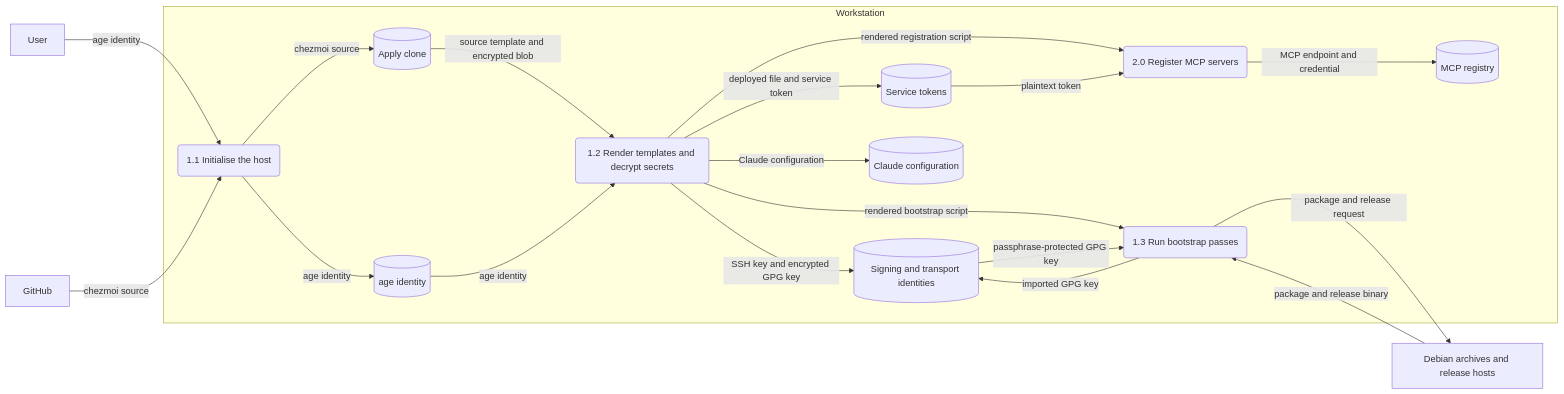
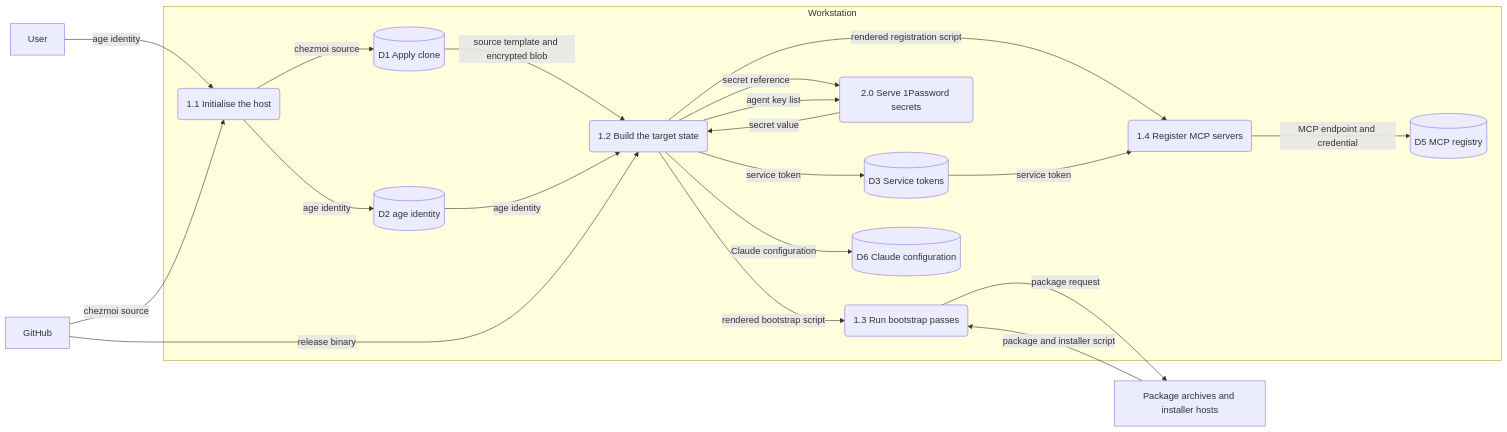
Before and after one commit to alunduil/alunduil-chezmoi: the third of 5 diagrams in docs/reference/data-flow.md, drawn with Mermaid. The commit also changed other lines of this file and 3 other files, not shown here.

First line of the commit message:
Redraw the data flow for 1Password secrets

````diff
--- a/docs/reference/data-flow.md
+++ b/docs/reference/data-flow.md
@@ -179,40 +309,42 @@
 ```mermaid
 flowchart LR
   user[User]
   github[GitHub]
-  upstream[Debian archives and release hosts]
+  upstream[Package archives and installer hosts]
 
   subgraph ws[Workstation]
-    p11(1.1 Initialise the host)
-    p12(1.2 Render templates and decrypt secrets)
-    p13(1.3 Run bootstrap passes)
-    p2(2.0 Register MCP servers)
+    init(1.1 Initialise the host)
+    target(1.2 Build the target state)
+    bootstrap(1.3 Run bootstrap passes)
+    register(1.4 Register MCP servers)
+    broker(2.0 Serve 1Password secrets)
 
-    s1[(Apply clone)]
-    s2[(age identity)]
-    s3[(Service tokens)]
-    s8[(Signing and transport identities)]
-    s4[(MCP registry)]
-    s5[(Claude configuration)]
+    clone[(D1 Apply clone)]
+    ageKey[(D2 age identity)]
+    tokens[(D3 Service tokens)]
+    registry[(D5 MCP registry)]
+    claudeConfig[(D6 Claude configuration)]
   end
 
-  user -->|age identity| p11
-  github -->|chezmoi source| p11
-  p11 -->|age identity| s2
-  p11 -->|chezmoi source| s1
+  user -->|age identity| init
+  github -->|chezmoi source| init
+  init -->|age identity| ageKey
+  init -->|chezmoi source| clone
 
-  s1 -->|source template and encrypted blob| p12
-  s2 -->|age identity| p12
-  p12 -->|deployed file and service token| s3
-  p12 -->|SSH key and encrypted GPG key| s8
-  p12 -->|Claude configuration| s5
-  p12 -->|rendered registration script| p2
-  p12 -->|rendered bootstrap script| p13
-  s3 -->|plaintext token| p2
-  p2 -->|MCP endpoint and credential| s4
+  clone -->|source template and encrypted blob| target
+  ageKey -->|age identity| target
+  github -->|release binary| target
+  target -->|secret reference| broker
+  target -->|agent key list| broker
+  broker -->|secret value| target
+  target -->|service token| tokens
+  target -->|Claude configuration| claudeConfig
+  target -->|rendered bootstrap script| bootstrap
+  target -->|rendered registration script| register
 
-  s8 -->|passphrase-protected GPG key| p13
-  p13 -->|imported GPG key| s8
-  p13 -->|package and release request| upstream
-  upstream -->|package and release binary| p13
+  bootstrap -->|package request| upstream
+  upstream -->|package and installer script| bootstrap
+
+  tokens -->|service token| register
+  register -->|MCP endpoint and credential| registry
 ```
````
